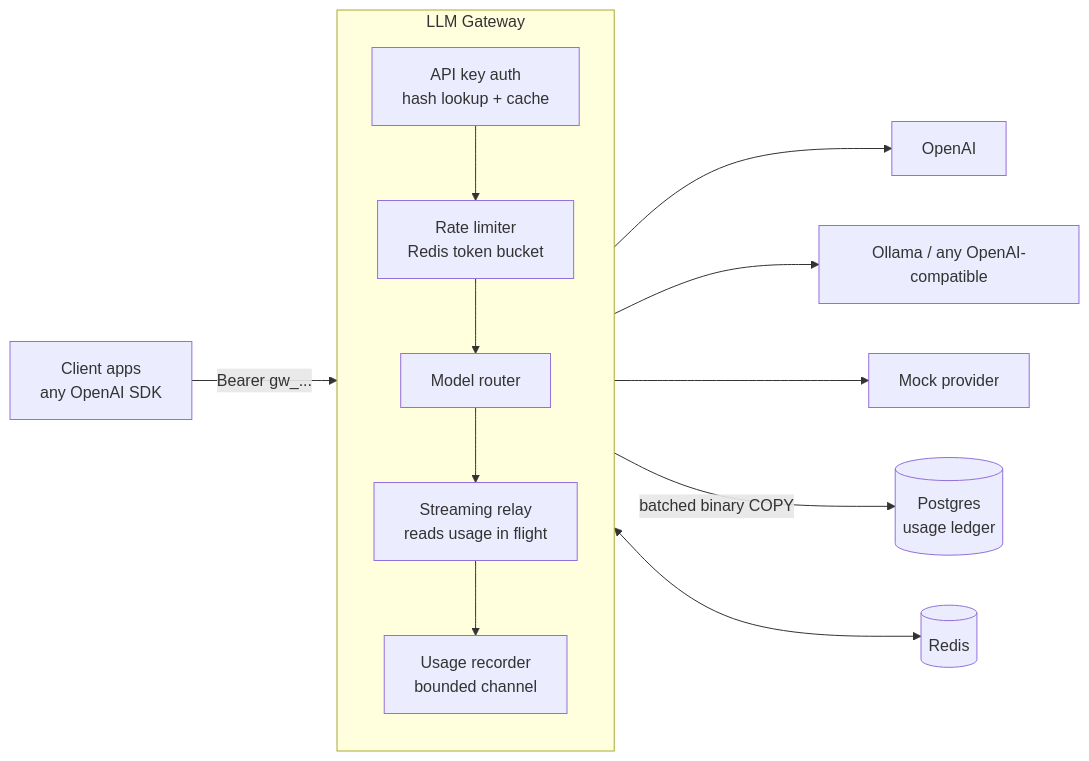
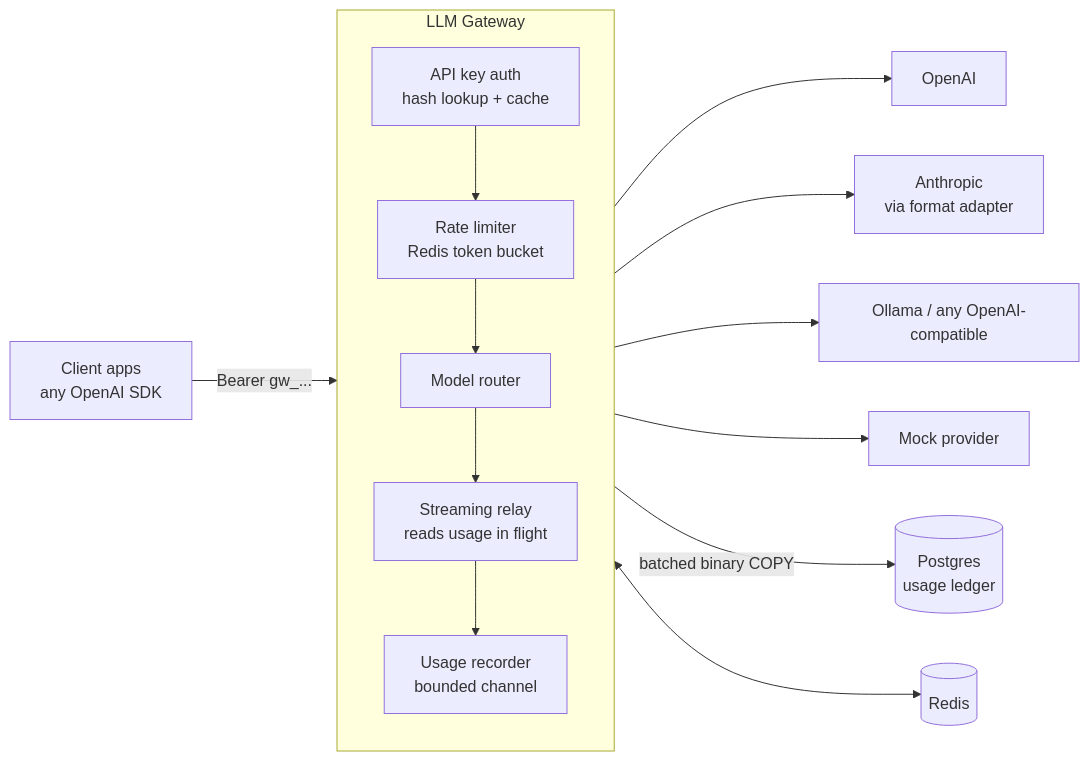
The diagram in README.md (shubhiofficial-17/llm_gateway), drawn with Mermaid before and after one commit. The commit also changed other lines of this file and 10 other files, not shown here.

````diff
--- a/README.md
+++ b/README.md
@@ -37,16 +38,17 @@
 ```mermaid
 flowchart LR
     A[Client apps<br/>any OpenAI SDK] -->|Bearer gw_...| G
     subgraph G[LLM Gateway]
         direction TB
         Auth[API key auth<br/>hash lookup + cache] --> RL[Rate limiter<br/>Redis token bucket]
         RL --> Route[Model router]
         Route --> Relay[Streaming relay<br/>reads usage in flight]
         Relay --> Rec[Usage recorder<br/>bounded channel]
     end
     Route --> P1[OpenAI]
+    Route --> P4[Anthropic<br/>via format adapter]
     Route --> P2[Ollama / any OpenAI-compatible]
     Route --> P3[Mock provider]
     Rec -->|batched binary COPY| DB[(Postgres<br/>usage ledger)]
     RL <--> R[(Redis)]
 ```
````
